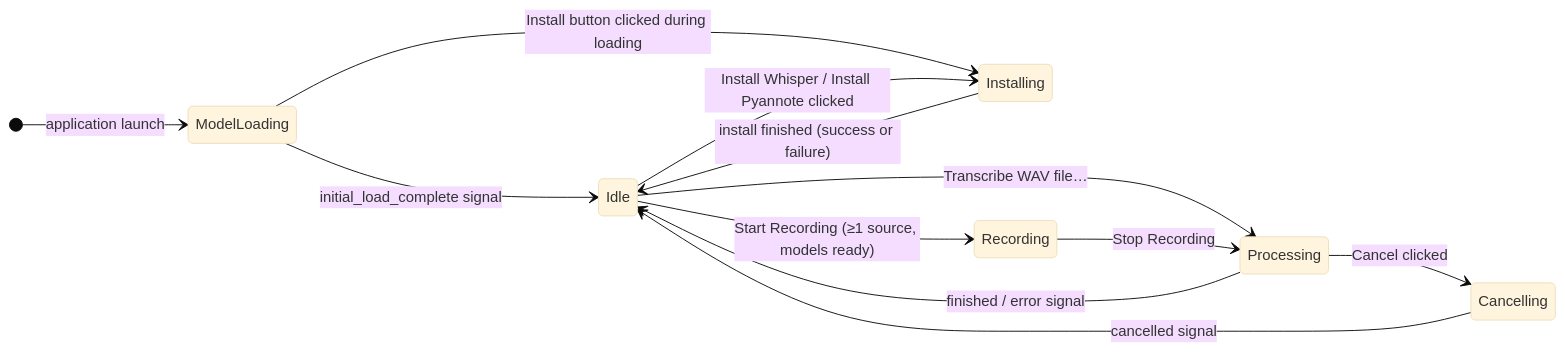
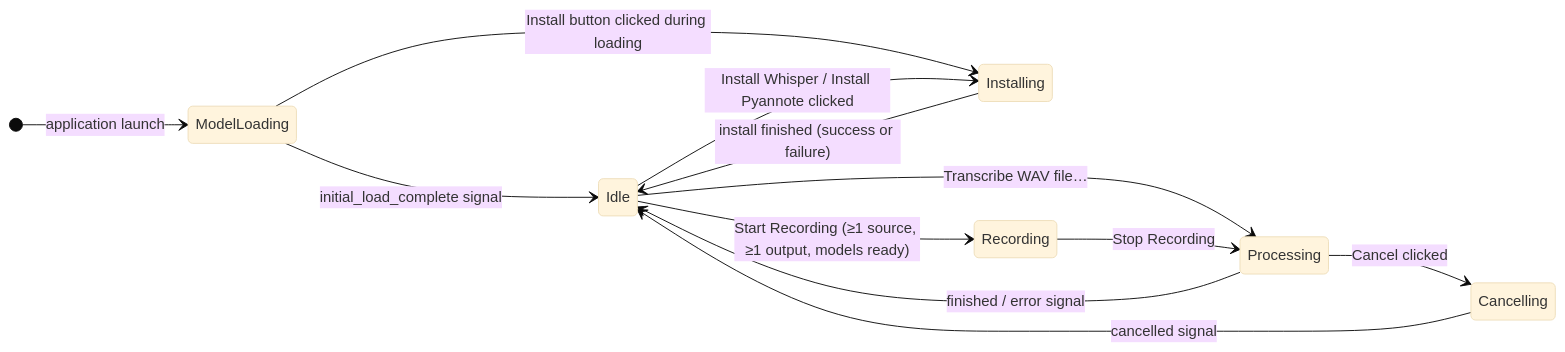
Before and after one commit to edoardomazzella/meeting-transcriber: the tenth of 10 diagrams in docs/ARCHITECTURE.md, drawn with Mermaid (base theme). The commit also changed other lines of this file and 7 other files, not shown here.

````diff
--- a/docs/ARCHITECTURE.md
+++ b/docs/ARCHITECTURE.md
@@ -463,22 +468,22 @@
 ```mermaid
 stateDiagram-v2
     direction LR
 
     [*] --> ModelLoading : application launch
 
     ModelLoading --> Idle       : initial_load_complete signal
     ModelLoading --> Installing : Install button clicked during loading
 
-    Idle --> Recording  : Start Recording (≥1 source, models ready)
+    Idle --> Recording  : Start Recording (≥1 source, ≥1 output, models ready)
     Idle --> Processing : Transcribe WAV file…
     Idle --> Installing : Install Whisper / Install Pyannote clicked
 
     Recording --> Processing : Stop Recording
 
     Installing --> Idle : install finished (success or failure)
 
     Processing --> Idle      : finished / error signal
     Processing --> Cancelling: Cancel clicked
 
     Cancelling --> Idle : cancelled signal
 ```
````
